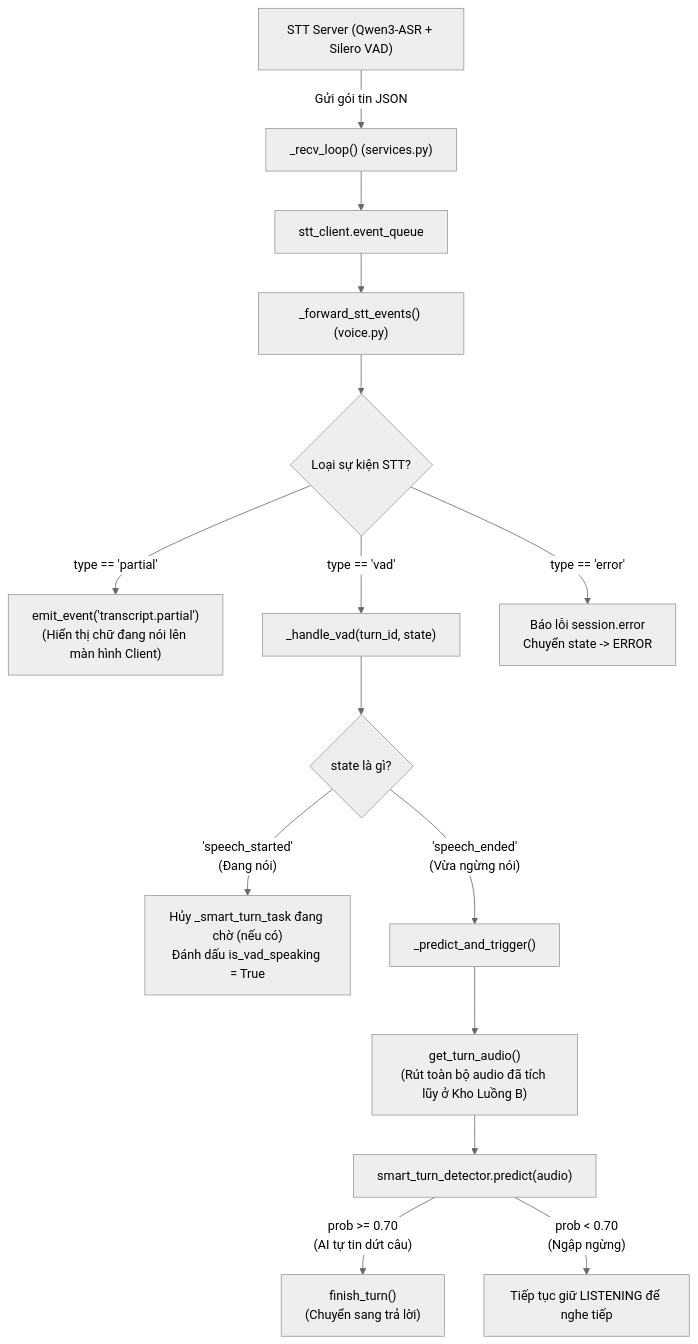
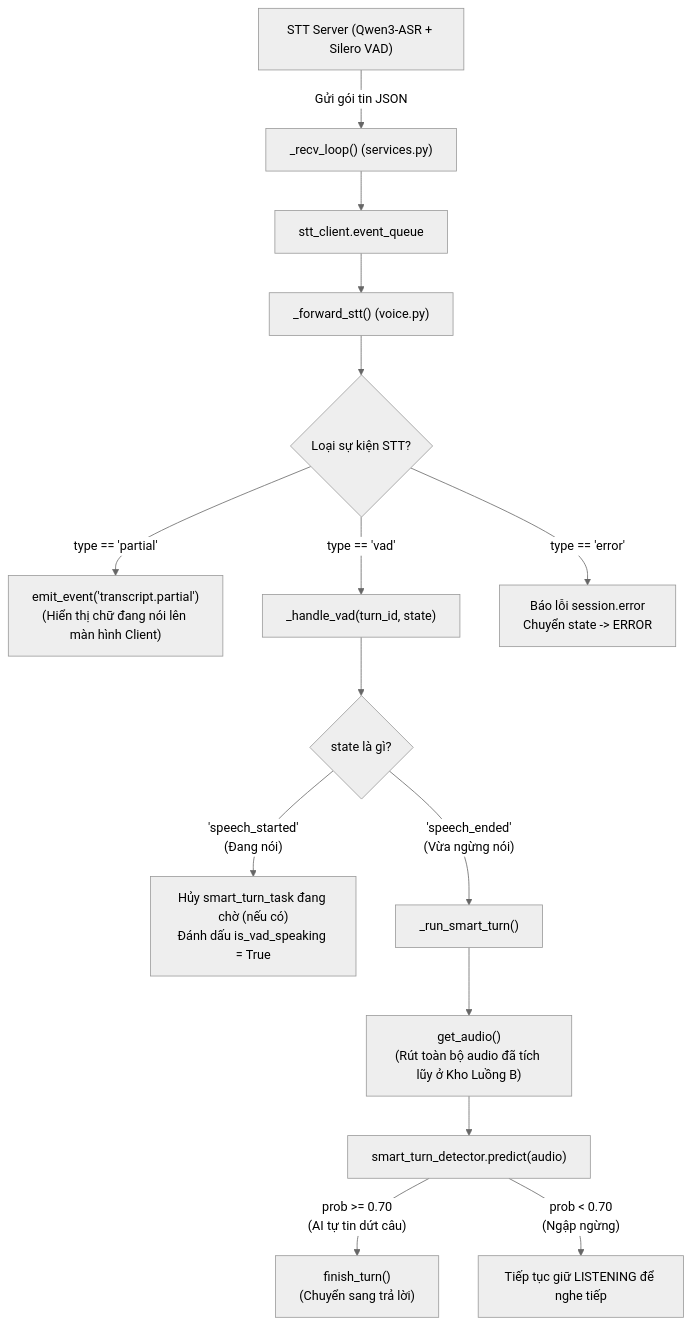
One commit to dinhhthanhh/voicebot changed the fourth of 5 diagrams in docs/01_architecture.md. Above: the diagram before and after it, drawn with Mermaid (neutral theme). The commit also changed other lines of this file and 15 other files, not shown here.

First line of the commit message:
Refactor backend/frontend architecture, fix edge cases, and sync docs/tests

````diff
--- a/docs/01_architecture.md
+++ b/docs/01_architecture.md
@@ -110,26 +110,26 @@
 ``` mermaid
 flowchart TD
     STTServer["STT Server (Qwen3-ASR + Silero VAD)"] -- "Gửi gói tin JSON" --> RecvLoop["_recv_loop() (services.py)"]
     RecvLoop --> Queue["stt_client.event_queue"]
-    Queue --> Forward["_forward_stt_events() (voice.py)"]
+    Queue --> Forward["_forward_stt() (voice.py)"]
 
     Forward --> EventType{"Loại sự kiện STT?"}
 
     %% partial
     EventType -- "type == 'partial'" --> Partial["emit_event('transcript.partial')\n(Hiển thị chữ đang nói lên màn hình Client)"]
 
     %% vad
     EventType -- "type == 'vad'" --> HandleVAD["_handle_vad(turn_id, state)"]
     HandleVAD --> VADState{"state là gì?"}
 
-    VADState -- "'speech_started'\n(Đang nói)" --> CancelST["Hủy _smart_turn_task đang chờ (nếu có)\nĐánh dấu is_vad_speaking = True"]
+    VADState -- "'speech_started'\n(Đang nói)" --> CancelST["Hủy smart_turn_task đang chờ (nếu có)\nĐánh dấu is_vad_speaking = True"]
 
-    VADState -- "'speech_ended'\n(Vừa ngừng nói)" --> TriggerST["_predict_and_trigger()"]
-    TriggerST --> PullAudio["get_turn_audio()\n(Rút toàn bộ audio đã tích lũy ở Kho Luồng B)"]
+    VADState -- "'speech_ended'\n(Vừa ngừng nói)" --> TriggerST["_run_smart_turn()"]
+    TriggerST --> PullAudio["get_audio()\n(Rút toàn bộ audio đã tích lũy ở Kho Luồng B)"]
     PullAudio --> STModel["smart_turn_detector.predict(audio)"]
     STModel -- "prob >= 0.70\n(AI tự tin dứt câu)" --> FinishSmartTurn["finish_turn()\n(Chuyển sang trả lời)"]
     STModel -- "prob < 0.70\n(Ngập ngừng)" --> WaitMore["Tiếp tục giữ LISTENING để nghe tiếp"]
 
     %% error
     EventType -- "type == 'error'" --> STTErr["Báo lỗi session.error\nChuyển state -> ERROR"]
 ```
````
